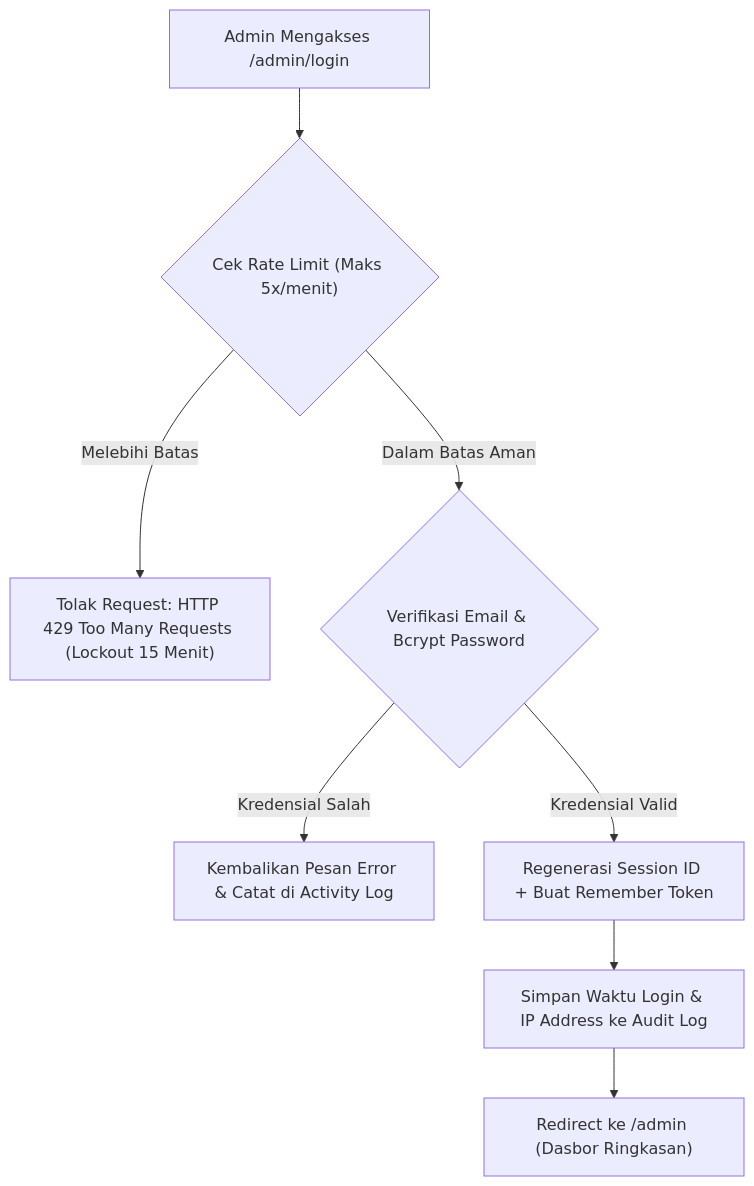
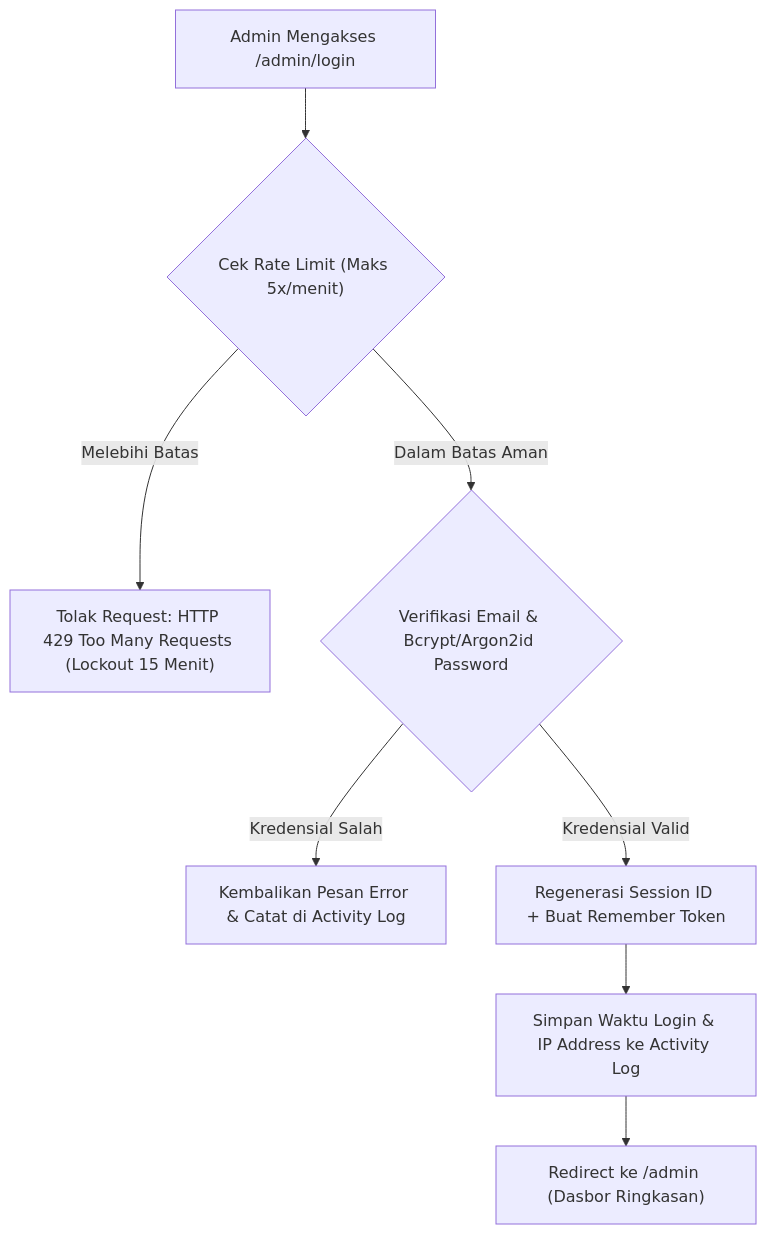
One commit to azrilzulfan/BanuBagaskara changed the third of 4 diagrams in docs/ARCHITECTURE.md. Above: the diagram before and after it, drawn with Mermaid. The commit also changed other lines of this file and 23 other files, not shown here.

````diff
--- a/docs/ARCHITECTURE.md
+++ b/docs/ARCHITECTURE.md
@@ -212,10 +263,10 @@
 ```mermaid
 flowchart TD
     LoginAttempt["Admin Mengakses /admin/login"] --> RateCheck{"Cek Rate Limit (Maks 5x/menit)"}
     RateCheck -->|Melebihi Batas| Lockout["Tolak Request: HTTP 429 Too Many Requests (Lockout 15 Menit)"]
-    RateCheck -->|Dalam Batas Aman| CredentialCheck{"Verifikasi Email & Bcrypt Password"}
+    RateCheck -->|Dalam Batas Aman| CredentialCheck{"Verifikasi Email & Bcrypt/Argon2id Password"}
     CredentialCheck -->|Kredensial Salah| ErrorToast["Kembalikan Pesan Error & Catat di Activity Log"]
     CredentialCheck -->|Kredensial Valid| AuthSuccess["Regenerasi Session ID + Buat Remember Token"]
-    AuthSuccess --> AuditLog["Simpan Waktu Login & IP Address ke Audit Log"]
+    AuthSuccess --> AuditLog["Simpan Waktu Login & IP Address ke Activity Log"]
     AuditLog --> DashboardRedirect["Redirect ke /admin (Dasbor Ringkasan)"]
 ```
````
